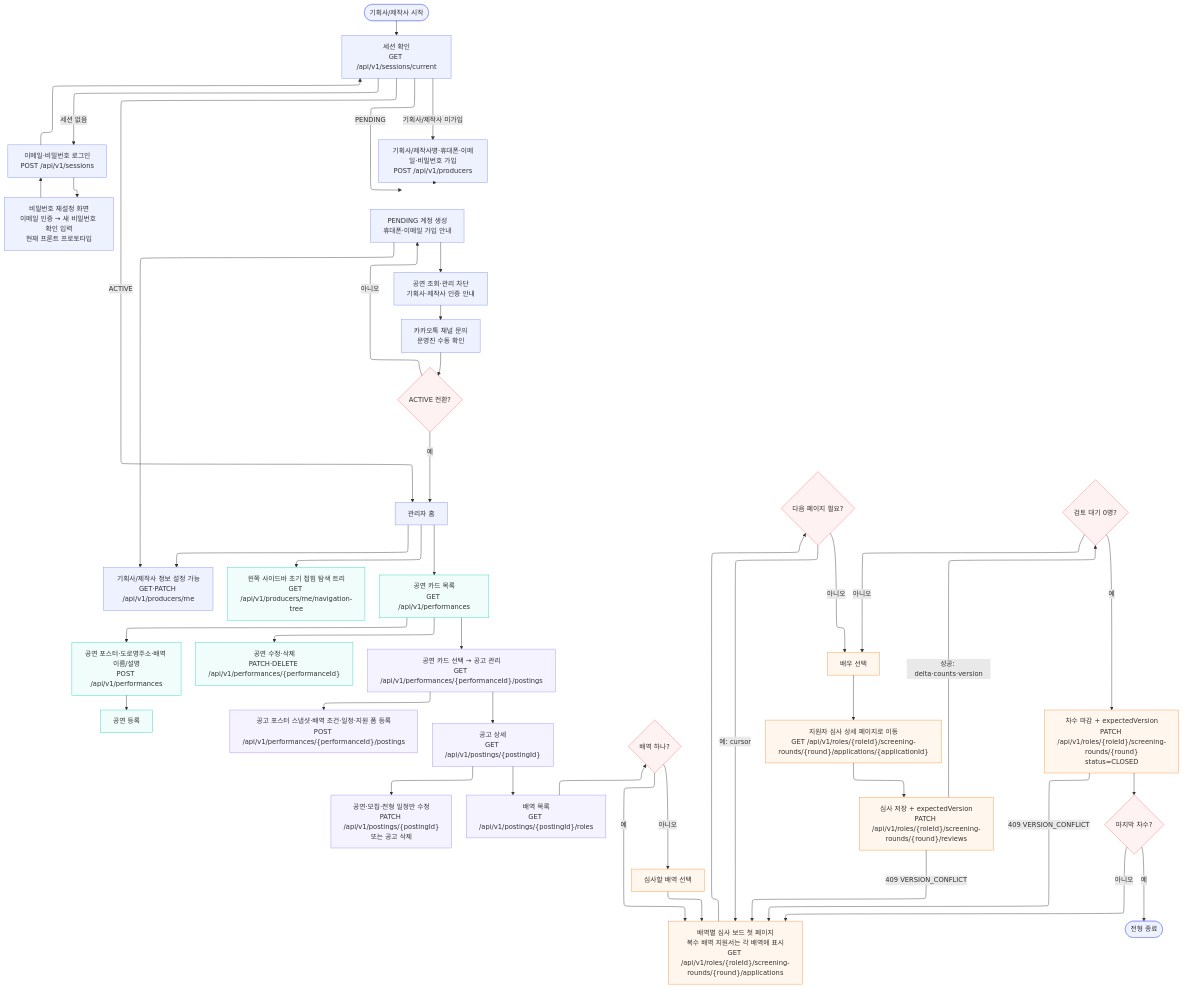
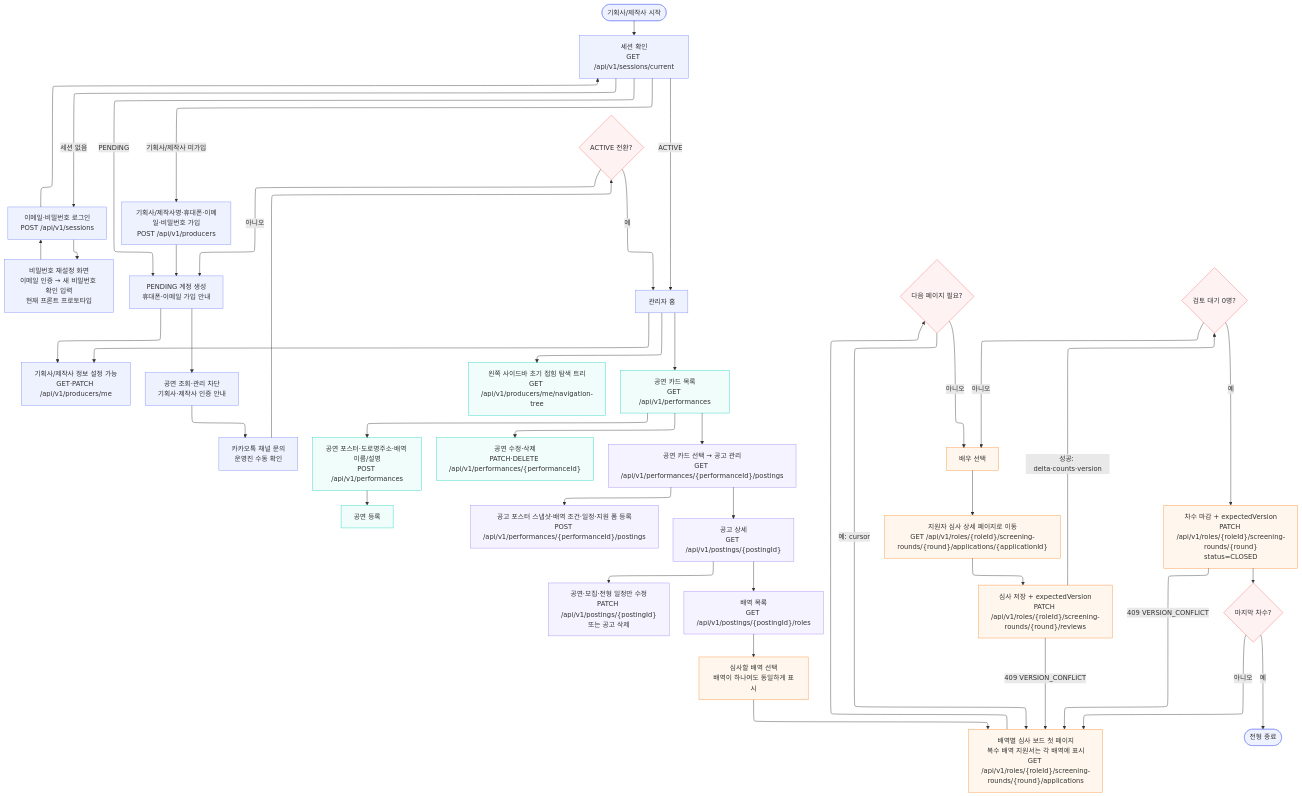
One commit to woowacourse-teams/2026-yesulin changed the diagram in docs/flowchart/producer.mmd. Above: the diagram before and after it, drawn with Mermaid. The commit also changed 28 other files, not shown here.

```diff
--- a/docs/flowchart/producer.mmd
+++ b/docs/flowchart/producer.mmd
@@ -1,53 +1,51 @@
 ---
 config:
   layout: elk
 ---
 flowchart TB
     START(["기획사/제작사 시작"]) --> SESSION["세션 확인<br>GET /api/v1/sessions/current"]
     SESSION -- 세션 없음 --> LOGIN["이메일·비밀번호 로그인<br>POST /api/v1/sessions"]
     LOGIN --> PASSWORD_RESET["비밀번호 재설정 화면<br>이메일 인증 → 새 비밀번호 확인 입력<br>현재 프론트 프로토타입"]
     PASSWORD_RESET --> LOGIN
     LOGIN --> SESSION
     SESSION -- 기획사/제작사 미가입 --> SIGNUP["기획사/제작사명·휴대폰·이메일·비밀번호 가입<br>POST /api/v1/producers"]
     SIGNUP --> PENDING["PENDING 계정 생성<br>휴대폰·이메일 가입 안내"]
     SESSION -- PENDING --> PENDING
     PENDING --> PROFILE["기획사/제작사 정보 설정 가능<br>GET·PATCH /api/v1/producers/me"]
     PENDING --> BLOCKED["공연 조회·관리 차단<br>기획사·제작사 인증 안내"]
     BLOCKED --> CONTACT["카카오톡 채널 문의<br>운영진 수동 확인"]
     CONTACT --> ACTIVE{"ACTIVE 전환?"}
     ACTIVE -- 아니오 --> PENDING
     ACTIVE -- 예 --> HOME["관리자 홈"]
     SESSION -- ACTIVE --> HOME
     HOME --> NAV["왼쪽 사이드바 초기 접힘 탐색 트리<br>GET /api/v1/producers/me/navigation-tree"] & PROFILE & PERF["공연 카드 목록<br>GET /api/v1/performances"]
     PERF --> NEW_PERF["공연 포스터·도로명주소·배역 이름/설명<br>POST /api/v1/performances"] & EDIT_PERF["공연 수정·삭제<br>PATCH·DELETE /api/v1/performances/{performanceId}"] & POSTINGS["공연 카드 선택 → 공고 관리<br>GET /api/v1/performances/{performanceId}/postings"]
     NEW_PERF --> CREATE_PERF["공연 등록"]
     POSTINGS --> CREATE_POSTING["공고 포스터 스냅샷·배역 조건·일정·지원 폼 등록<br>POST /api/v1/performances/{performanceId}/postings"] & POSTING_DETAIL["공고 상세<br>GET /api/v1/postings/{postingId}"]
     POSTING_DETAIL --> EDIT_POSTING["공연·모집·전형 일정만 수정<br>PATCH /api/v1/postings/{postingId}<br>또는 공고 삭제"] & ROLES["배역 목록<br>GET /api/v1/postings/{postingId}/roles"]
-    ROLES --> SOLE{"배역 하나?"}
-    SOLE -- 예 --> BOARD["배역별 심사 보드 첫 페이지<br>복수 배역 지원서는 각 배역에 표시<br>GET /api/v1/roles/{roleId}/screening-rounds/{round}/applications"]
-    SOLE -- 아니오 --> CHOOSE_ROLE["심사할 배역 선택"]
-    CHOOSE_ROLE --> BOARD
+    ROLES --> CHOOSE_ROLE["심사할 배역 선택<br>배역이 하나여도 동일하게 표시"]
+    CHOOSE_ROLE --> BOARD["배역별 심사 보드 첫 페이지<br>복수 배역 지원서는 각 배역에 표시<br>GET /api/v1/roles/{roleId}/screening-rounds/{round}/applications"]
     BOARD --> MORE{"다음 페이지 필요?"}
     MORE -- 예: cursor --> BOARD
     MORE -- 아니오 --> SELECT["배우 선택"]
     SELECT --> APP_DETAIL["지원자 심사 상세 페이지로 이동<br>GET /api/v1/roles/{roleId}/screening-rounds/{round}/applications/{applicationId}"]
     APP_DETAIL --> REVIEW["심사 저장 + expectedVersion<br>PATCH /api/v1/roles/{roleId}/screening-rounds/{round}/reviews"]
     REVIEW -- 409 VERSION_CONFLICT --> BOARD
     REVIEW -- 성공: delta·counts·version --> DONE{"검토 대기 0명?"}
     DONE -- 아니오 --> SELECT
     DONE -- 예 --> CLOSE["차수 마감 + expectedVersion<br>PATCH /api/v1/roles/{roleId}/screening-rounds/{round}<br>status=CLOSED"]
     CLOSE -- 409 VERSION_CONFLICT --> BOARD
     CLOSE --> LAST{"마지막 차수?"}
     LAST -- 아니오 --> BOARD
     LAST -- 예 --> FINISH(["전형 종료"])
 
     classDef authNode stroke:#818cf8,fill:#eef2ff
     classDef perfNode stroke:#2dd4bf,fill:#f0fdfa
     classDef postingNode stroke:#a78bfa,fill:#f5f3ff
     classDef screeningNode stroke:#fb923c,fill:#fff7ed
     classDef decisionNode stroke:#f87171,fill:#fef2f2
     class START,SESSION,LOGIN,PASSWORD_RESET,SIGNUP,PENDING,PROFILE,BLOCKED,CONTACT,HOME,FINISH authNode
-    class ACTIVE,SOLE,MORE,DONE,LAST decisionNode
+    class ACTIVE,MORE,DONE,LAST decisionNode
     class NAV,PERF,NEW_PERF,EDIT_PERF,CREATE_PERF perfNode
     class POSTINGS,CREATE_POSTING,POSTING_DETAIL,EDIT_POSTING,ROLES postingNode
     class BOARD,CHOOSE_ROLE,SELECT,APP_DETAIL,REVIEW,CLOSE screeningNode
```
